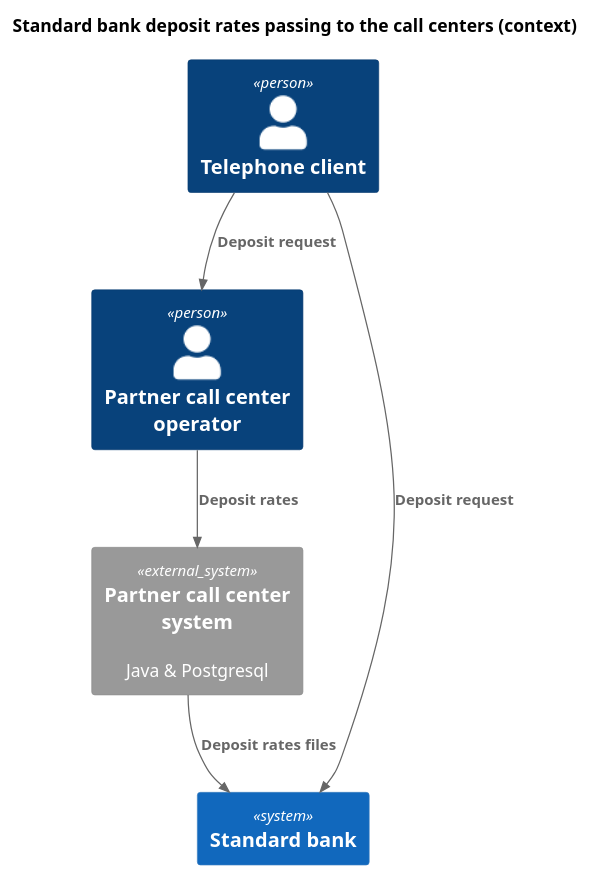
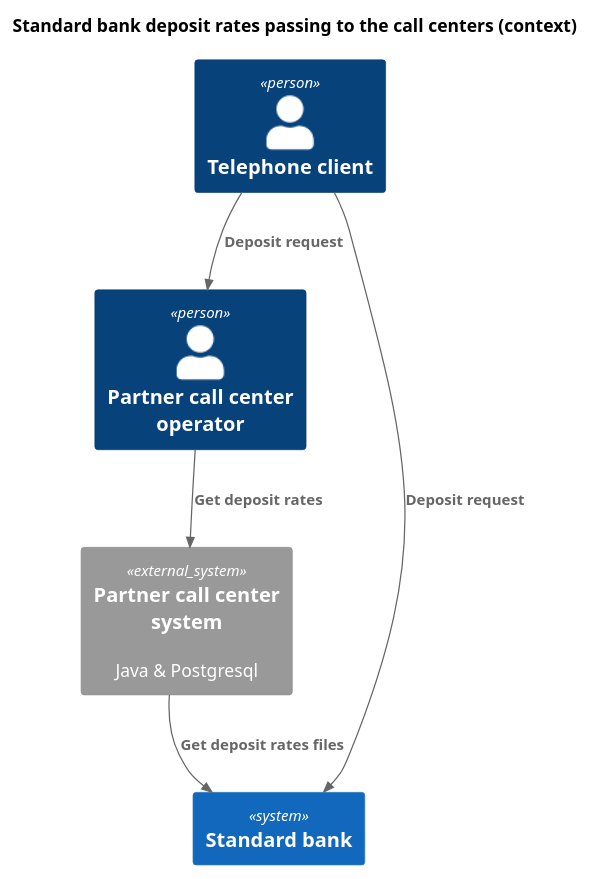
One commit to turistigor/yap-arch-task3-bank changed the diagram in task4_additional_requirements/deposit_rates_to_call_centers_c4_context.puml. Above: the diagram before and after it, drawn with PlantUML. The commit also changed 10 other files, not shown here.

```diff
--- a/task4_additional_requirements/deposit_rates_to_call_centers_c4_context.puml
+++ b/task4_additional_requirements/deposit_rates_to_call_centers_c4_context.puml
@@ -1,30 +1,30 @@
 @startuml  deposit_rates_to_call_center_context
 
 ' Initial settings:
 
 title Standard bank deposit rates passing to the call centers (context)
 
 top to bottom direction
 
 !include ./lib/C4_Context.puml
 
 
 ' Actors & components:
 
 Person(phone_client, "Telephone client")
 Person(partner_op, "Partner call center operator")
 
 System(bank, "Standard bank")
 System_Ext(partner_call_center_system, "Partner call center system", "Java & Postgresql")
 
 
 ' Relations:
 
 Rel(phone_client, bank, "Deposit request")
 
 Rel(phone_client, partner_op, "Deposit request")
-Rel(partner_op, partner_call_center_system, "Deposit rates")
-Rel(partner_call_center_system, bank, "Deposit rates files")
+Rel(partner_op, partner_call_center_system, "Get deposit rates")
+Rel(partner_call_center_system, bank, "Get deposit rates files")
 
 
 @enduml
```
